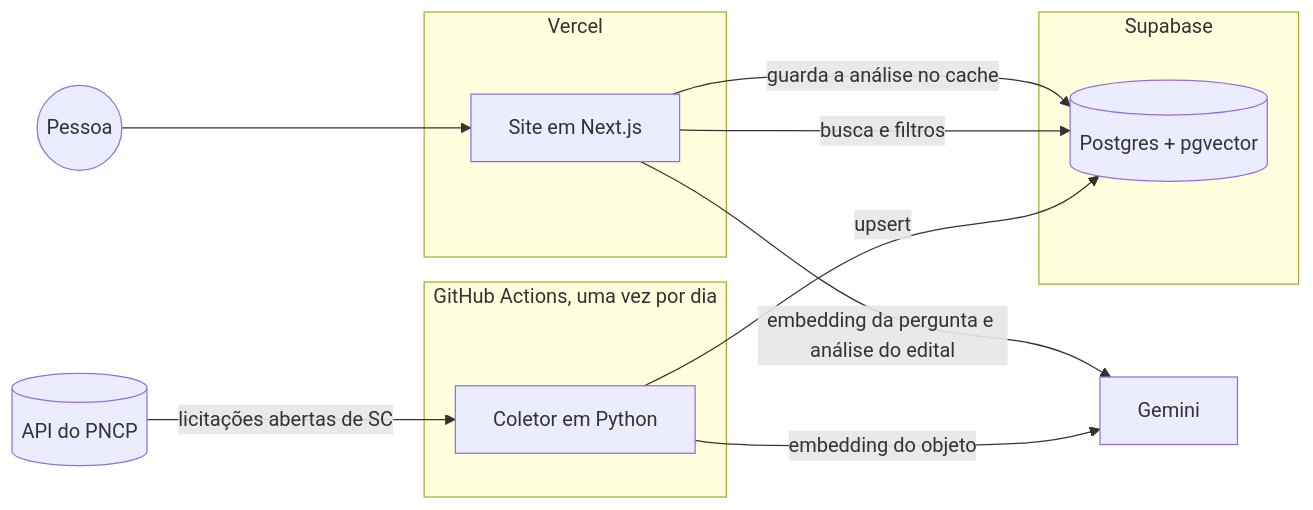
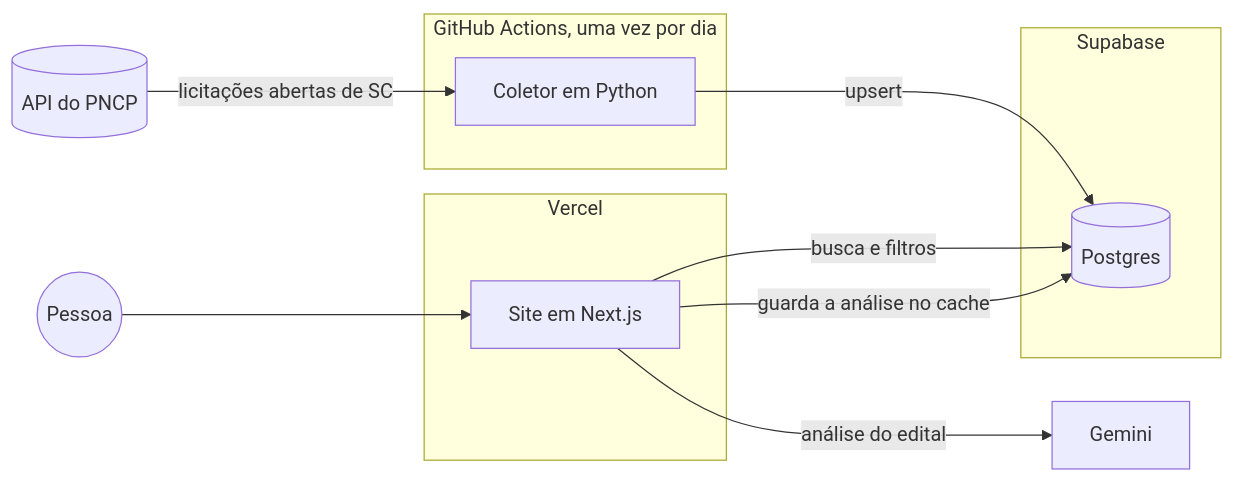
The diagram in docs/arquitetura.md (demorojao/radar-licitacoes), drawn with Mermaid before and after one commit. The commit also changed other lines of this file and 6 other files, not shown here.

````diff
--- a/docs/arquitetura.md
+++ b/docs/arquitetura.md
@@ -8,24 +8,23 @@
 ```mermaid
 flowchart LR
     PNCP[(API do PNCP)]
     GEM[Gemini]
     PESSOA((Pessoa))
 
     subgraph actions [GitHub Actions, uma vez por dia]
         COL[Coletor em Python]
     end
     subgraph supabase [Supabase]
-        DB[(Postgres + pgvector)]
+        DB[(Postgres)]
     end
     subgraph vercel [Vercel]
         WEB[Site em Next.js]
     end
 
     PNCP -->|licitações abertas de SC| COL
     COL -->|upsert| DB
-    COL -->|embedding do objeto| GEM
     PESSOA --> WEB
     WEB -->|busca e filtros| DB
-    WEB -->|embedding da pergunta e análise do edital| GEM
+    WEB -->|análise do edital| GEM
     WEB -->|guarda a análise no cache| DB
 ```
````
